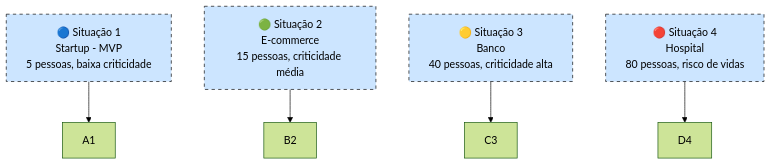
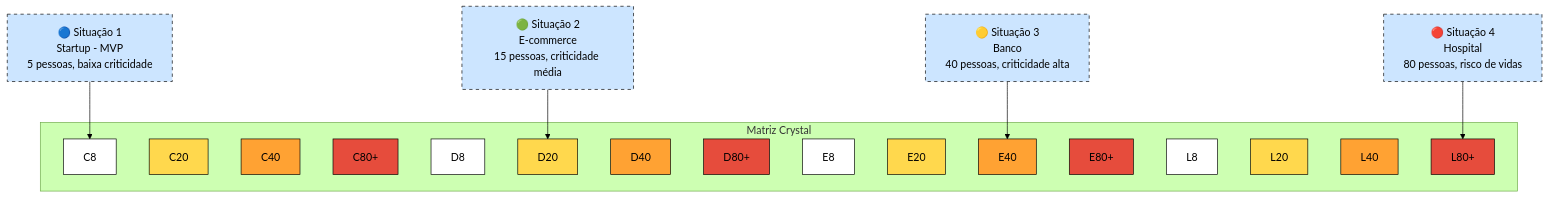
The fifth of 5 diagrams in README.md (ramtrigodev/grafico_gant), drawn with Mermaid (forest theme) before and after one commit. The commit also changed other lines of this file, not shown here.

````diff
--- a/README.md
+++ b/README.md
@@ -60,18 +60,37 @@
 ```mermaid
 graph TD
+    subgraph Matriz Crystal
+        A1["C8"]:::branco
+        A2["C20"]:::amarelo
+        A3["C40"]:::laranja
+        A4["C80+"]:::vermelho
 
+        B1["D8"]:::branco
+        B2["D20"]:::amarelo
+        B3["D40"]:::laranja
+        B4["D80+"]:::vermelho
 
-   
+        C1["E8"]:::branco
+        C2["E20"]:::amarelo
+        C3["E40"]:::laranja
+        C4["E80+"]:::vermelho
+
+        D1["L8"]:::branco
+        D2["L20"]:::amarelo
+        D3["L40"]:::laranja
+        D4["L80+"]:::vermelho
+    end
+
+    %% Marcações das situações
     S1["🔵 Situação 1\nStartup - MVP\n5 pessoas, baixa criticidade"]:::situacao --> A1
     S2["🟢 Situação 2\nE-commerce\n15 pessoas, criticidade média"]:::situacao --> B2
     S3["🟡 Situação 3\nBanco\n40 pessoas, criticidade alta"]:::situacao --> C3
     S4["🔴 Situação 4\nHospital\n80 pessoas, risco de vidas"]:::situacao --> D4
 
+    %% Estilos
     classDef branco fill:#fff,stroke:#000,stroke-width:1px;
     classDef amarelo fill:#FFD84D,stroke:#000,stroke-width:1px;
     classDef laranja fill:#FFA233,stroke:#000,stroke-width:1px;
     classDef vermelho fill:#E64C3C,stroke:#000,stroke-width:1px;
     classDef situacao fill:#CCE5FF,stroke:#000,stroke-width:1px,stroke-dasharray: 5 5;
-
-
 ```
````
